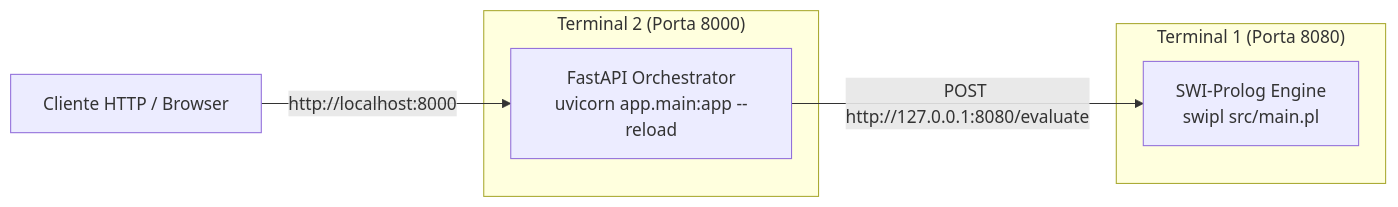
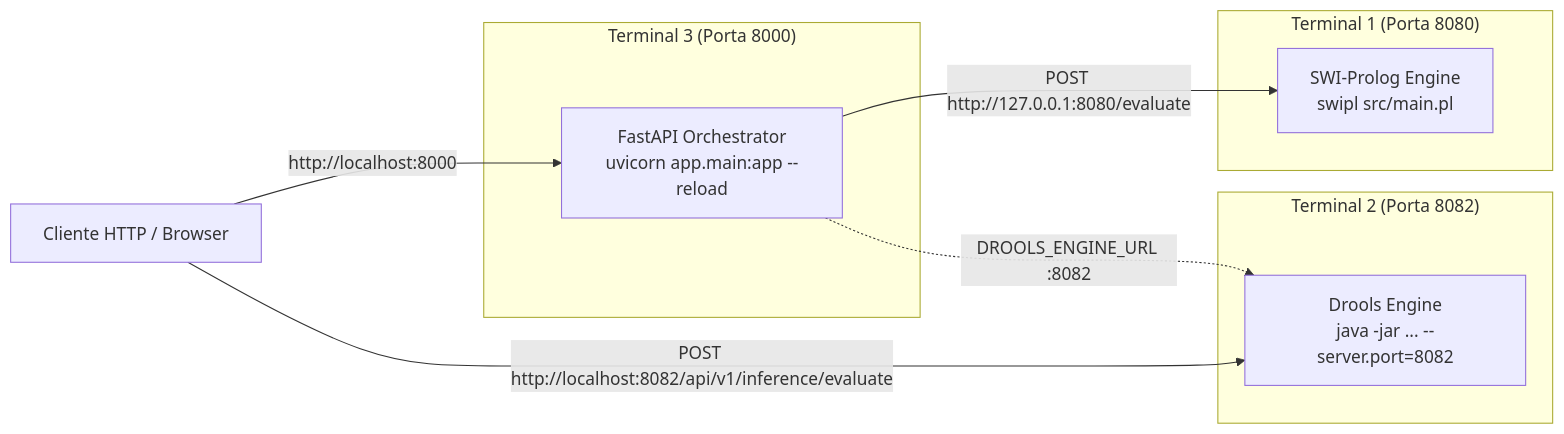
Before and after one commit to Santiago-1211173/meia-equipa3-challenge1-26_27: the diagram in docs/development/getting_started.md, drawn with Mermaid. The commit also changed other lines of this file and 23 other files, not shown here.

Commit message:
docs: add comprehensive documentation for architecture, API, deployment, and development guides

````diff
--- a/docs/development/getting_started.md
+++ b/docs/development/getting_started.md
@@ -127,13 +130,19 @@
 ```mermaid
 flowchart LR
     subgraph "Terminal 1 (Porta 8080)"
         PL["SWI-Prolog Engine\nswipl src/main.pl"]
     end
 
-    subgraph "Terminal 2 (Porta 8000)"
+    subgraph "Terminal 2 (Porta 8082)"
+        DR["Drools Engine\njava -jar ... --server.port=8082"]
+    end
+
+    subgraph "Terminal 3 (Porta 8000)"
         FA["FastAPI Orchestrator\nuvicorn app.main:app --reload"]
     end
 
     FA -->|"POST http://127.0.0.1:8080/evaluate"| PL
+    FA -.->|"DROOLS_ENGINE_URL :8082"| DR
     Client["Cliente HTTP / Browser"] -->|"http://localhost:8000"| FA
+    Client -->|"POST http://localhost:8082/api/v1/inference/evaluate"| DR
 ```
````
